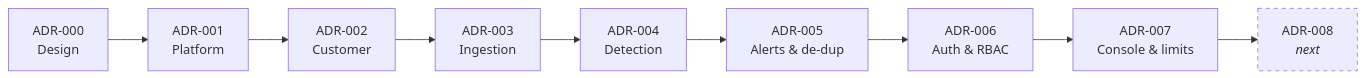
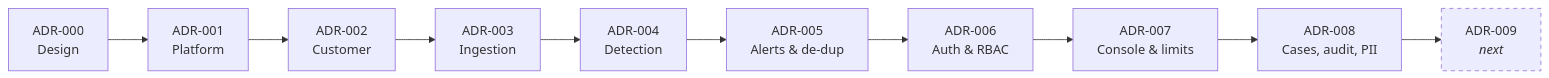
The diagram in docs/ADR/README.md (iamrupambiswas/sentinel-aml), drawn with Mermaid before and after one commit. The commit also changed other lines of this file and 94 other files, not shown here.

First line of the commit message:
feat(p7b): cases, hash-chained audit trail, PII reveal, console redesign, Docker + CI

````diff
--- a/docs/ADR/README.md
+++ b/docs/ADR/README.md
@@ -20,5 +21,5 @@
 ```mermaid
 flowchart LR
-    A0[ADR-000<br/>Design] --> A1[ADR-001<br/>Platform] --> A2[ADR-002<br/>Customer] --> A3[ADR-003<br/>Ingestion] --> A4[ADR-004<br/>Detection] --> A5[ADR-005<br/>Alerts & de-dup] --> A6[ADR-006<br/>Auth & RBAC] --> A7[ADR-007<br/>Console & limits] --> A8[ADR-008<br/><i>next</i>]
-    style A8 stroke-dasharray: 5 5
+    A0[ADR-000<br/>Design] --> A1[ADR-001<br/>Platform] --> A2[ADR-002<br/>Customer] --> A3[ADR-003<br/>Ingestion] --> A4[ADR-004<br/>Detection] --> A5[ADR-005<br/>Alerts & de-dup] --> A6[ADR-006<br/>Auth & RBAC] --> A7[ADR-007<br/>Console & limits] --> A8[ADR-008<br/>Cases, audit, PII] --> A9[ADR-009<br/><i>next</i>]
+    style A9 stroke-dasharray: 5 5
 ```
````
